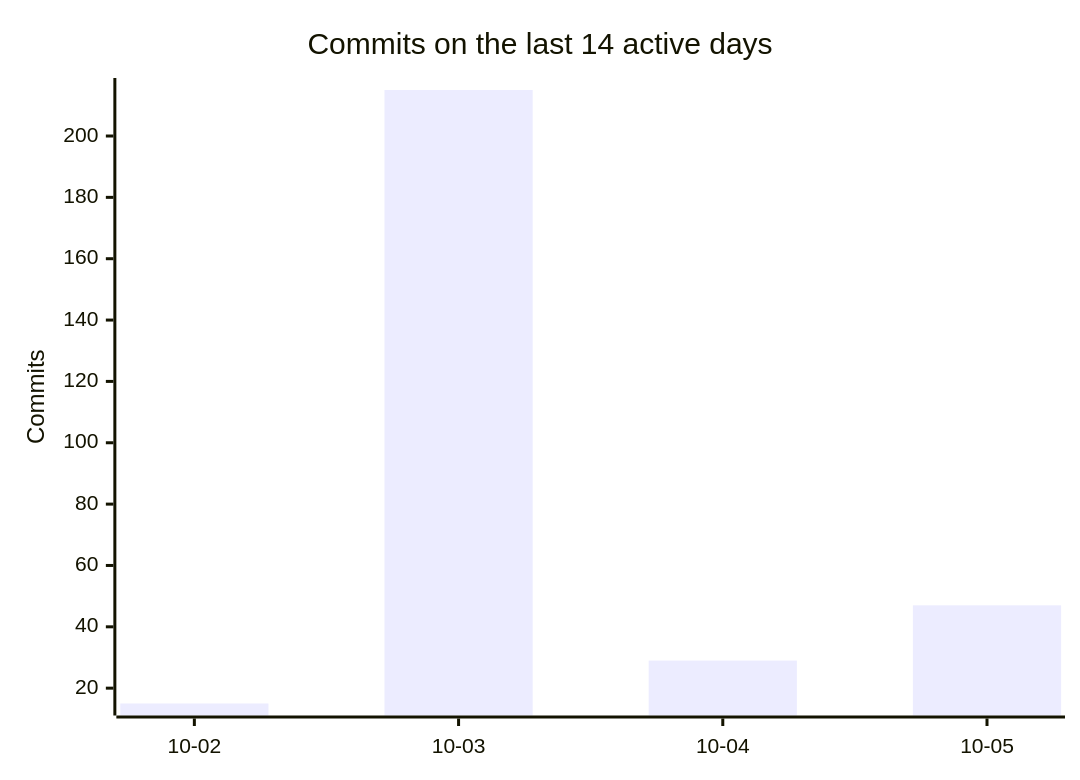
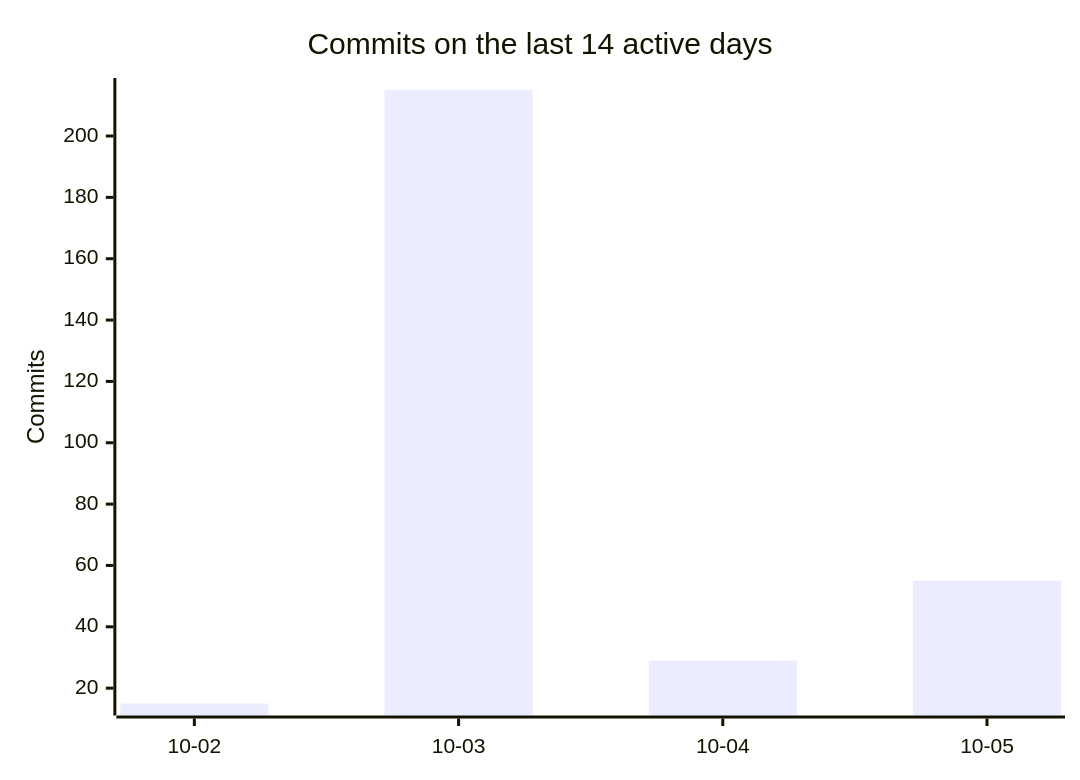
One commit to PflanzenDex/PflanzenDex changed the third of 3 diagrams in README.md. Above: the diagram before and after it, drawn with Mermaid. The commit also changed other lines of this file, not shown here.

````diff
--- a/README.md
+++ b/README.md
@@ -70,7 +70,7 @@
 ```mermaid
 xychart-beta
   title "Commits on the last 14 active days"
   x-axis ["10-02", "10-03", "10-04", "10-05"]
   y-axis "Commits"
-  bar [15, 215, 29, 47]
+  bar [15, 215, 29, 55]
 ```
````
